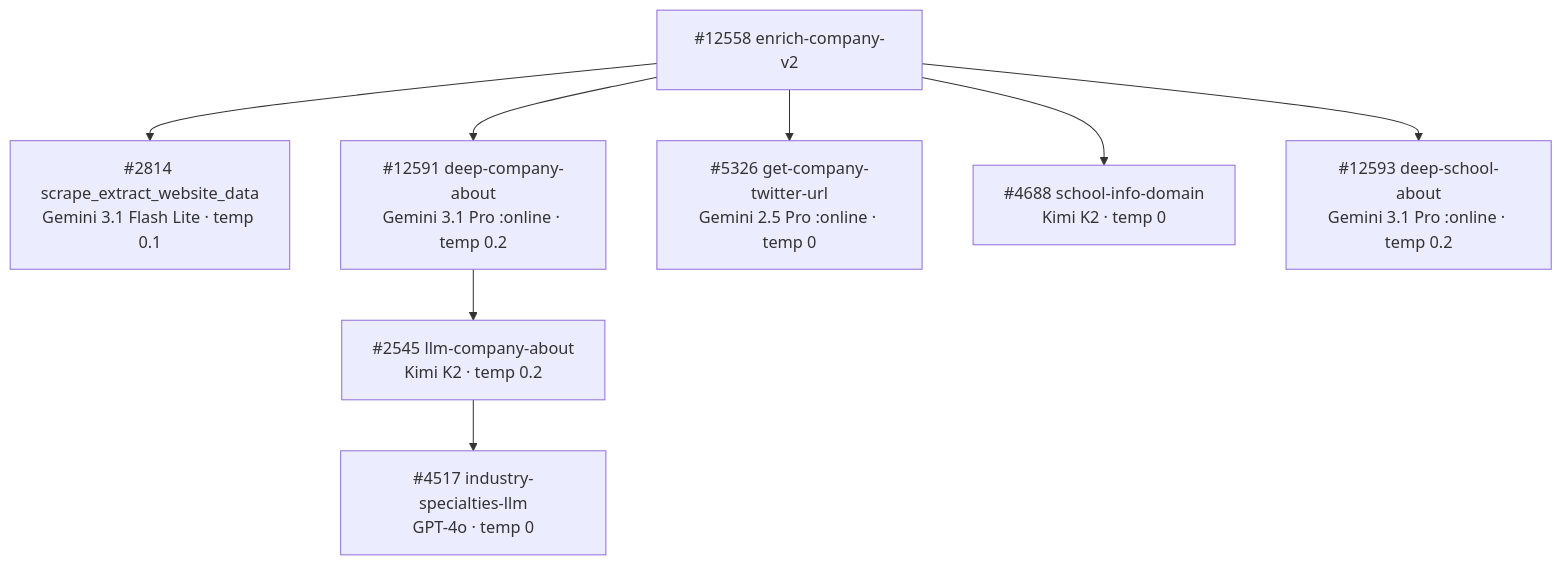
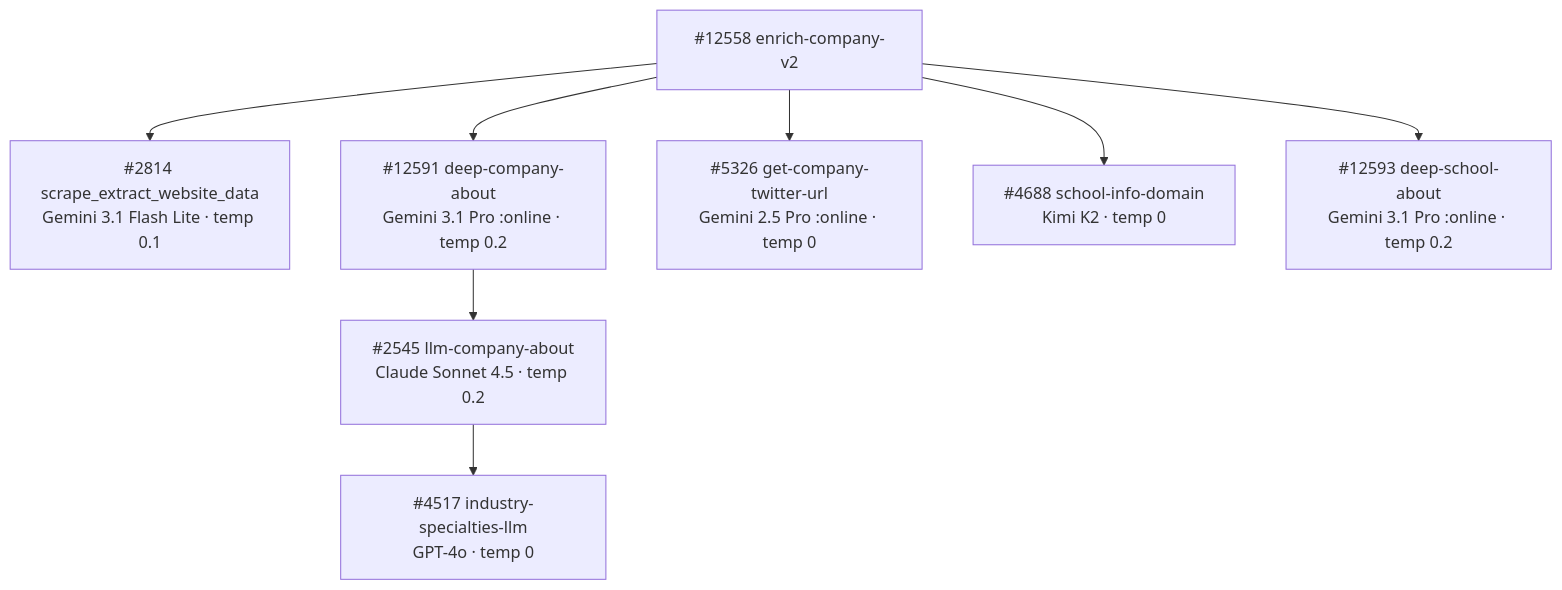
One commit to M-Pederson/docs changed the diagram in guides/enrichment/company-pipeline/model-summary.mdx. Above: the diagram before and after it, drawn with Mermaid. The commit also changed other lines of this file and 8 other files, not shown here.

````diff
--- a/guides/enrichment/company-pipeline/model-summary.mdx
+++ b/guides/enrichment/company-pipeline/model-summary.mdx
@@ -86,10 +99,10 @@
 ```mermaid
 graph TD
     A["#12558 enrich-company-v2"] --> B["#2814 scrape_extract_website_data<br/>Gemini 3.1 Flash Lite · temp 0.1"]
     A --> C["#12591 deep-company-about<br/>Gemini 3.1 Pro :online · temp 0.2"]
     A --> D["#5326 get-company-twitter-url<br/>Gemini 2.5 Pro :online · temp 0"]
     A --> E["#4688 school-info-domain<br/>Kimi K2 · temp 0"]
     A --> F["#12593 deep-school-about<br/>Gemini 3.1 Pro :online · temp 0.2"]
-    C --> G["#2545 llm-company-about<br/>Kimi K2 · temp 0.2"]
+    C --> G["#2545 llm-company-about<br/>Claude Sonnet 4.5 · temp 0.2"]
     G --> H["#4517 industry-specialties-llm<br/>GPT-4o · temp 0"]
 ```
````
